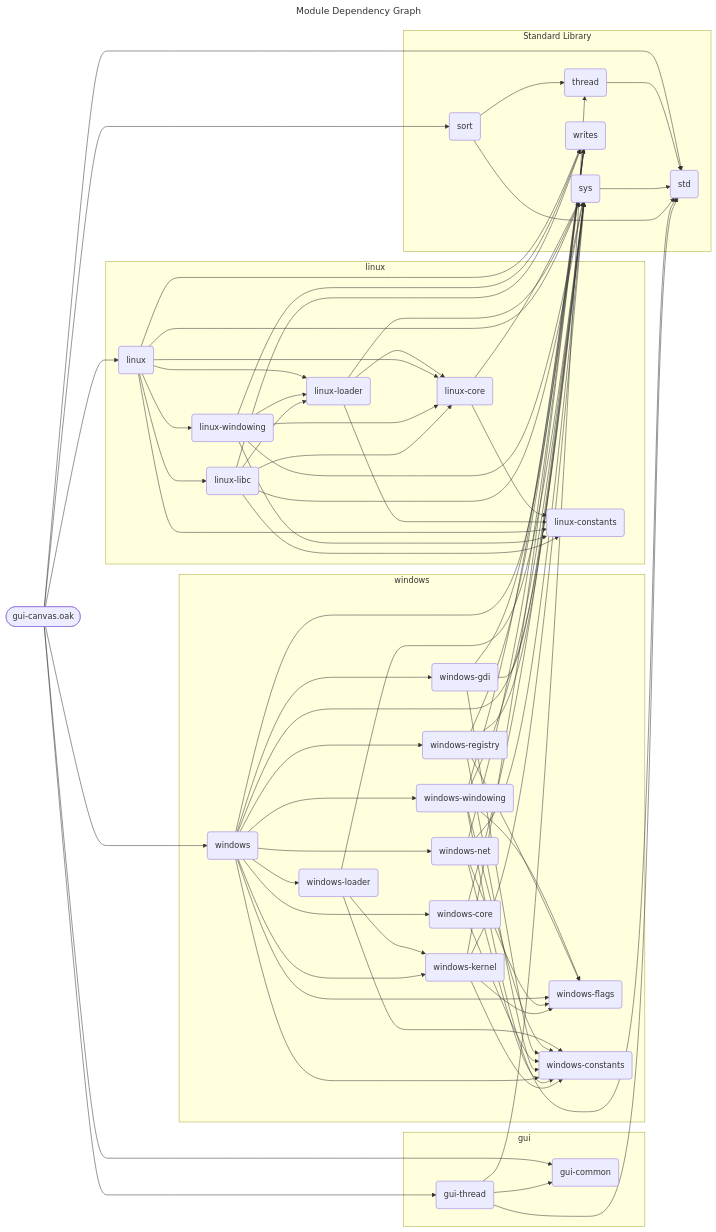
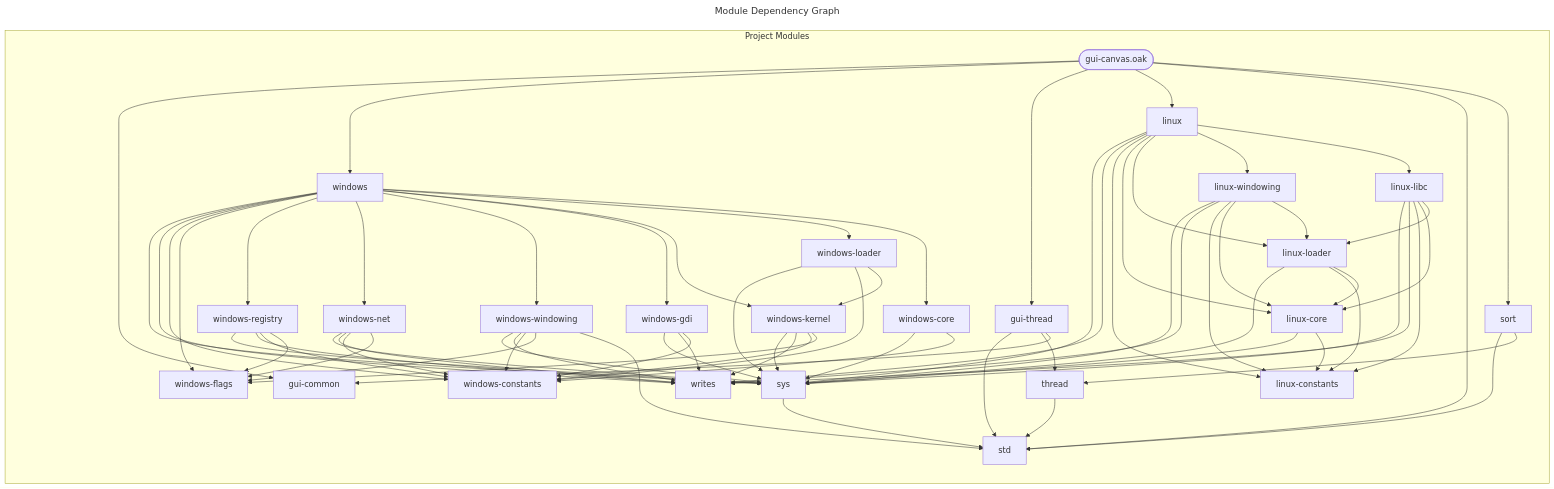
One commit to SpcFORK/magnolia changed the diagram in docs/spec/gui-canvas.mmd. Above: the diagram before and after it, drawn with Mermaid. The commit also changed 373 other files, not shown here.

Commit message:
Refactor module dependency graphs and update imports across various specifications

```diff
--- a/docs/spec/gui-canvas.mmd
+++ b/docs/spec/gui-canvas.mmd
@@ -1,107 +1,101 @@
 ---
 title: Module Dependency Graph
 ---
 flowchart LR
-    lib_gui_canvas_oak(["gui-canvas.oak"])
-    subgraph stdlib_gui ["gui"]
-        gui_thread("gui-thread")
-        gui_common("gui-common")
+    subgraph project_modules ["Project Modules"]
+        sort["sort"]
+        lib_gui_canvas_oak(["gui-canvas.oak"])
+        linux_libc["linux-libc"]
+        windows_net["windows-net"]
+        windows_flags["windows-flags"]
+        gui_common["gui-common"]
+        windows_loader["windows-loader"]
+        windows_core["windows-core"]
+        windows_registry["windows-registry"]
+        linux["linux"]
+        windows_gdi["windows-gdi"]
+        linux_windowing["linux-windowing"]
+        sys["sys"]
+        linux_core["linux-core"]
+        windows_kernel["windows-kernel"]
+        thread["thread"]
+        windows_constants["windows-constants"]
+        gui_thread["gui-thread"]
+        std["std"]
+        linux_constants["linux-constants"]
+        windows_windowing["windows-windowing"]
+        windows["windows"]
+        linux_loader["linux-loader"]
+        writes["writes"]
     end
-    subgraph stdlib_windows ["windows"]
-        windows_flags("windows-flags")
-        windows_kernel("windows-kernel")
-        windows_net("windows-net")
-        windows("windows")
-        windows_registry("windows-registry")
-        windows_core("windows-core")
-        windows_gdi("windows-gdi")
-        windows_windowing("windows-windowing")
-        windows_constants("windows-constants")
-        windows_loader("windows-loader")
-    end
-    subgraph stdlib_linux ["linux"]
-        linux_libc("linux-libc")
-        linux_windowing("linux-windowing")
-        linux("linux")
-        linux_constants("linux-constants")
-        linux_loader("linux-loader")
-        linux_core("linux-core")
-    end
-    subgraph stdlib_core ["Standard Library"]
-        std("std")
-        thread("thread")
-        sort("sort")
-        sys("sys")
-        writes("writes")
-    end
+    sort --> std
+    sort --> thread
+    lib_gui_canvas_oak --> gui_common
+    lib_gui_canvas_oak --> windows
+    lib_gui_canvas_oak --> gui_thread
+    lib_gui_canvas_oak --> linux
+    lib_gui_canvas_oak --> std
+    lib_gui_canvas_oak --> sort
+    linux_libc --> sys
+    linux_libc --> writes
+    linux_libc --> linux_constants
+    linux_libc --> linux_core
+    linux_libc --> linux_loader
+    windows_net --> sys
+    windows_net --> writes
+    windows_net --> windows_constants
+    windows_net --> windows_flags
+    windows_loader --> sys
+    windows_loader --> windows_constants
+    windows_loader --> windows_kernel
+    windows_core --> sys
+    windows_core --> windows_constants
+    windows_registry --> sys
+    windows_registry --> writes
+    windows_registry --> windows_constants
+    windows_registry --> windows_flags
+    linux --> sys
+    linux --> writes
+    linux --> linux_constants
+    linux --> linux_core
+    linux --> linux_loader
+    linux --> linux_windowing
+    linux --> linux_libc
+    windows_gdi --> sys
+    windows_gdi --> writes
+    windows_gdi --> windows_constants
+    linux_windowing --> sys
+    linux_windowing --> writes
+    linux_windowing --> linux_constants
+    linux_windowing --> linux_core
+    linux_windowing --> linux_loader
+    sys --> std
+    linux_core --> sys
+    linux_core --> linux_constants
     windows_kernel --> sys
     windows_kernel --> writes
     windows_kernel --> windows_constants
     windows_kernel --> windows_flags
-    windows_net --> sys
-    windows_net --> writes
-    windows_net --> windows_constants
-    windows_net --> windows_flags
+    thread --> std
+    gui_thread --> std
+    gui_thread --> thread
+    gui_thread --> gui_common
+    windows_windowing --> sys
+    windows_windowing --> writes
+    windows_windowing --> windows_constants
+    windows_windowing --> windows_flags
+    windows_windowing --> std
     windows --> sys
     windows --> writes
     windows --> windows_constants
     windows --> windows_flags
     windows --> windows_registry
     windows --> windows_net
     windows --> windows_windowing
     windows --> windows_gdi
     windows --> windows_kernel
     windows --> windows_loader
     windows --> windows_core
-    linux_libc --> sys
-    linux_libc --> writes
-    linux_libc --> linux_constants
-    linux_libc --> linux_core
-    linux_libc --> linux_loader
-    windows_registry --> sys
-    windows_registry --> writes
-    windows_registry --> windows_constants
-    windows_registry --> windows_flags
-    gui_thread --> std
-    gui_thread --> thread
-    gui_thread --> gui_common
-    linux_windowing --> sys
-    linux_windowing --> writes
-    linux_windowing --> linux_constants
-    linux_windowing --> linux_core
-    linux_windowing --> linux_loader
-    windows_core --> sys
-    windows_core --> windows_constants
-    linux --> sys
-    linux --> writes
-    linux --> linux_constants
-    linux --> linux_core
-    linux --> linux_loader
-    linux --> linux_windowing
-    linux --> linux_libc
     linux_loader --> sys
     linux_loader --> linux_constants
     linux_loader --> linux_core
-    windows_gdi --> sys
-    windows_gdi --> writes
-    windows_gdi --> windows_constants
-    linux_core --> sys
-    linux_core --> linux_constants
-    windows_windowing --> sys
-    windows_windowing --> writes
-    windows_windowing --> windows_constants
-    windows_windowing --> windows_flags
-    windows_windowing --> std
-    sort --> std
-    sort --> thread
-    sys --> std
-    thread --> std
-    windows_loader --> sys
-    windows_loader --> windows_constants
-    windows_loader --> windows_kernel
-    lib_gui_canvas_oak --> gui_common
-    lib_gui_canvas_oak --> windows
-    lib_gui_canvas_oak --> gui_thread
-    lib_gui_canvas_oak --> linux
-    lib_gui_canvas_oak --> std
-    lib_gui_canvas_oak --> sort
```
